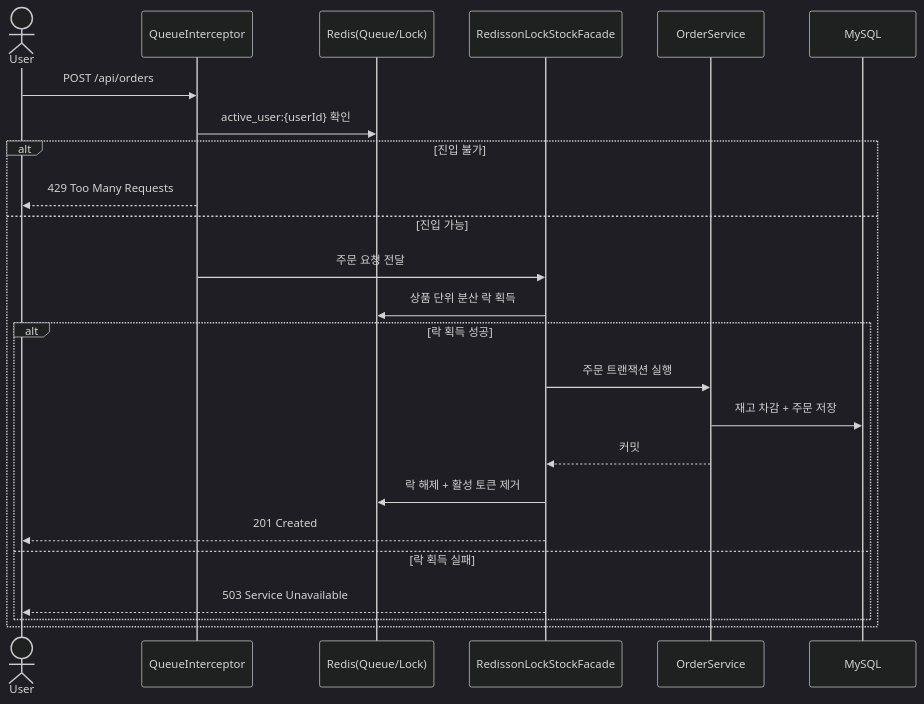
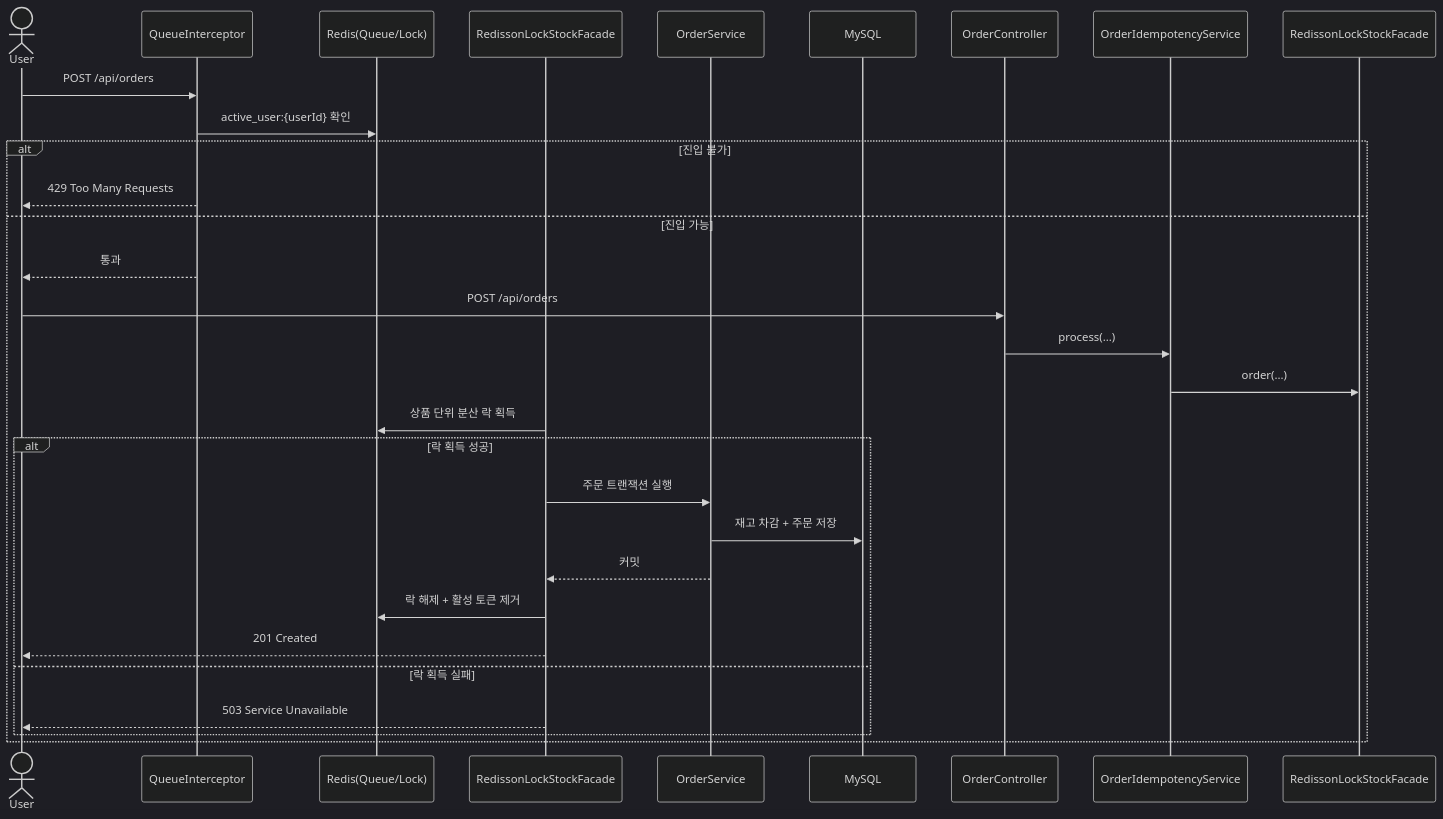
The diagram in README.md (juhwanz/eshop-refac), drawn with Mermaid (dark theme) before and after one commit. The commit also changed other lines of this file and 3 other files, not shown here.

````diff
--- a/README.md
+++ b/README.md
@@ -82,27 +81,30 @@
 ```mermaid
 sequenceDiagram
     actor User
     participant Interceptor as QueueInterceptor
     participant Redis as Redis(Queue/Lock)
     participant Facade as RedissonLockStockFacade
     participant Service as OrderService
     participant DB as MySQL
 
     User->>Interceptor: POST /api/orders
     Interceptor->>Redis: active_user:{userId} 확인
     alt 진입 불가
         Interceptor-->>User: 429 Too Many Requests
     else 진입 가능
-        Interceptor->>Facade: 주문 요청 전달
+				Interceptor-->>User: 통과
+				User->>OrderController: POST /api/orders
+				OrderController->>OrderIdempotencyService: process(...)
+				OrderIdempotencyService->>RedissonLockStockFacade: order(...)
         Facade->>Redis: 상품 단위 분산 락 획득
         alt 락 획득 성공
             Facade->>Service: 주문 트랜잭션 실행
             Service->>DB: 재고 차감 + 주문 저장
             Service-->>Facade: 커밋
             Facade->>Redis: 락 해제 + 활성 토큰 제거
             Facade-->>User: 201 Created
         else 락 획득 실패
             Facade-->>User: 503 Service Unavailable
         end
     end
 ```
````
